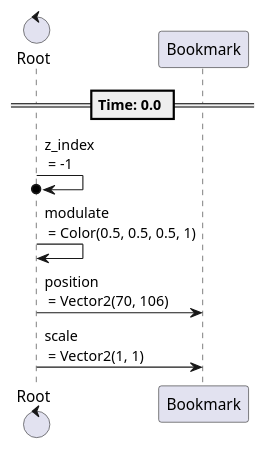
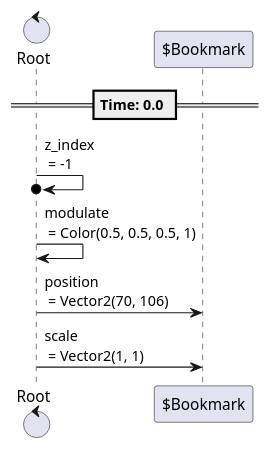
One commit to tkmfujise/Platformer-Game-Learning changed the second of 4 diagrams in content/scenes/src/beginning/chapters/menu/bookmark/bookmark.tscn.adoc. Above: the diagram before and after it, drawn with PlantUML. The commit also changed other lines of this file and 31 other files, not shown here.

Commit message:
Add prefix $ to node name in animation sequences

```diff
--- a/content/scenes/src/beginning/chapters/menu/bookmark/bookmark.tscn.adoc
+++ b/content/scenes/src/beginning/chapters/menu/bookmark/bookmark.tscn.adoc
@@ -62,15 +62,15 @@
 [plantuml]
 ....
-control "Root" as Root
-participant "Bookmark" as T2
+control "Root" as R
+participant "$Bookmark" as T2
 
 
 
 == Time: 0.0 ==
-Root  ->o  Root : z_index\n = -1
-Root  ->  Root : modulate\n = Color(0.5, 0.5, 0.5, 1)
-Root  ->  T2 : position\n = Vector2(70, 106)
-Root  ->  T2 : scale\n = Vector2(1, 1)
+R  ->o  R : z_index\n = -1
+R  ->  R : modulate\n = Color(0.5, 0.5, 0.5, 1)
+R  ->  T2 : position\n = Vector2(70, 106)
+R  ->  T2 : scale\n = Vector2(1, 1)
 
 
 ....
```
